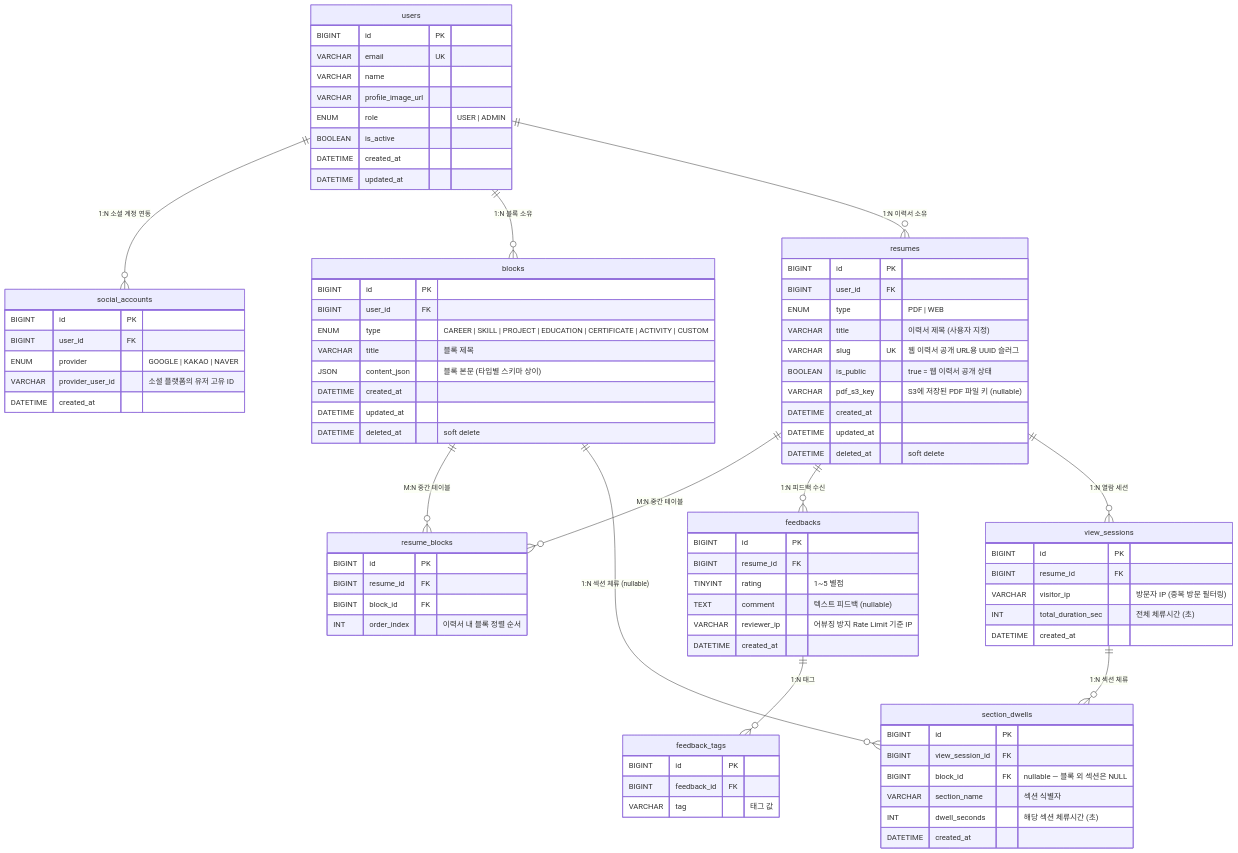
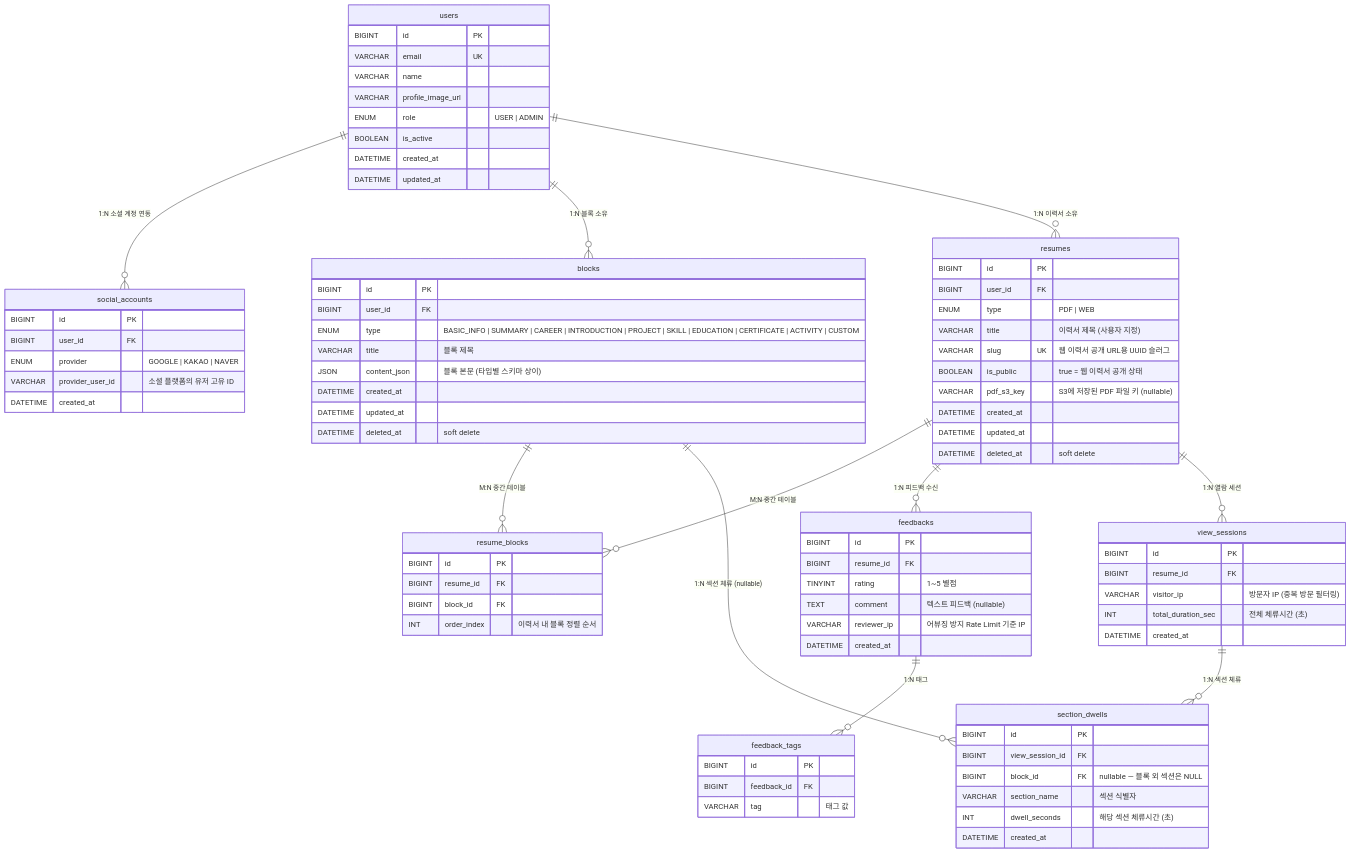
The diagram in doc/ERD_DRAFT.md (resume-helper/BE), drawn with Mermaid before and after one commit. The commit also changed other lines of this file and 1 other file, not shown here.

Commit message:
chore: blocks.type ENUM에 BASIC_INFO·SUMMARY·INTRODUCTION 추가

```diff
--- a/doc/ERD_DRAFT.md
+++ b/doc/ERD_DRAFT.md
@@ -70,7 +70,7 @@
     blocks {
         BIGINT id PK
         BIGINT user_id FK
-        ENUM type "CAREER | SKILL | PROJECT | EDUCATION | CERTIFICATE | ACTIVITY | CUSTOM"
+        ENUM type "BASIC_INFO | SUMMARY | CAREER | INTRODUCTION | PROJECT | SKILL | EDUCATION | CERTIFICATE | ACTIVITY | CUSTOM"
         VARCHAR title "블록 제목"
         JSON content_json "블록 본문 (타입별 스키마 상이)"
         DATETIME created_at
```
